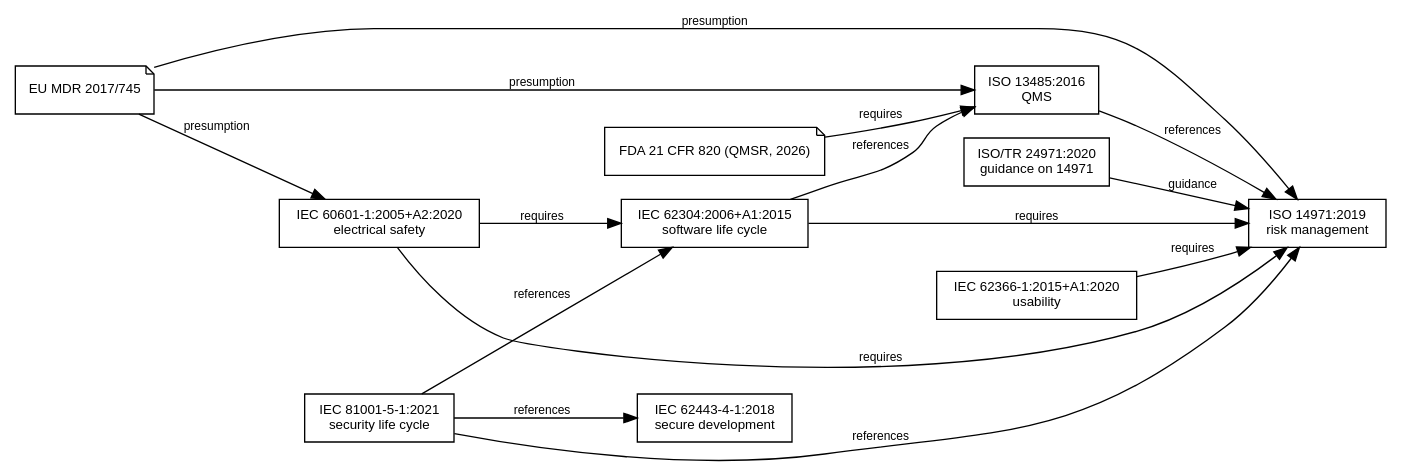
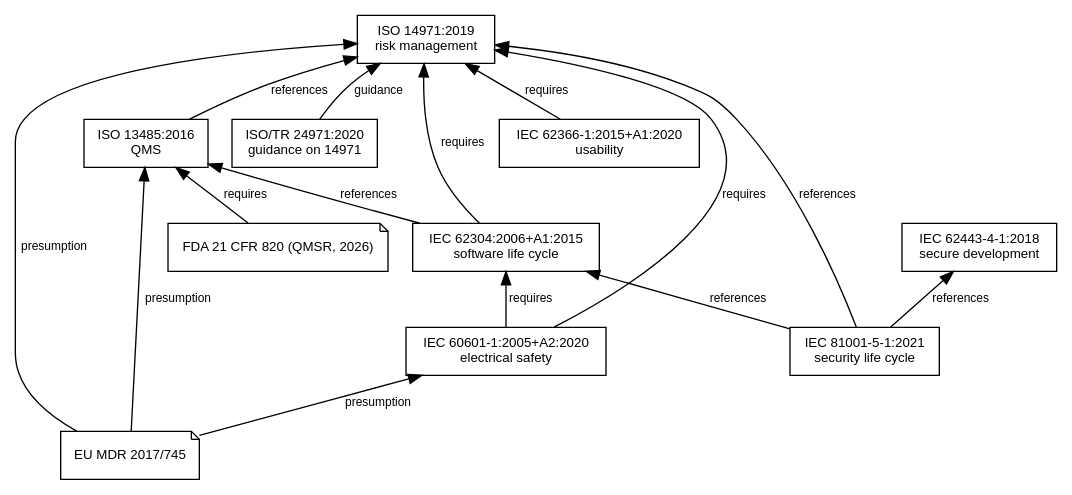
The diagram in docs/regulatory/standards-map.dot (OussamaSegh/detector-to-diagnosis), drawn with Graphviz before and after one commit. The commit also changed 10 other files, not shown here.

```diff
--- a/docs/regulatory/standards-map.dot
+++ b/docs/regulatory/standards-map.dot
@@ -1,36 +1,36 @@
 // The standards map of Chapter 13: which document requires or refers to which.
 // Edge labels: requires (a normative reference: you cannot conform without it),
 // references (informative: a note, an annex or the bibliography), presumption
 // (a harmonised standard gives presumption of conformity with the regulation),
 // guidance (a technical report that explains how to apply the standard).
 digraph standards {
-  rankdir=LR;
+  rankdir=BT; nodesep=0.25; ranksep=0.45;
   node [shape=box, fontname="Helvetica", fontsize=10];
   edge [fontname="Helvetica", fontsize=9];
 
   MDR [label="EU MDR 2017/745", shape=note];
   QMSR [label="FDA 21 CFR 820 (QMSR, 2026)", shape=note];
   ISO13485 [label="ISO 13485:2016\nQMS"];
   ISO14971 [label="ISO 14971:2019\nrisk management"];
   TR24971 [label="ISO/TR 24971:2020\nguidance on 14971"];
   IEC62304 [label="IEC 62304:2006+A1:2015\nsoftware life cycle"];
   IEC62366 [label="IEC 62366-1:2015+A1:2020\nusability"];
   IEC60601 [label="IEC 60601-1:2005+A2:2020\nelectrical safety"];
   IEC81001 [label="IEC 81001-5-1:2021\nsecurity life cycle"];
   IEC62443 [label="IEC 62443-4-1:2018\nsecure development"];
 
   MDR -> ISO13485 [label="presumption"];
   MDR -> ISO14971 [label="presumption"];
   MDR -> IEC60601 [label="presumption"];
   QMSR -> ISO13485 [label="requires"];
   ISO13485 -> ISO14971 [label="references"];
   TR24971 -> ISO14971 [label="guidance"];
   IEC62304 -> ISO14971 [label="requires"];
   IEC62304 -> ISO13485 [label="references"];
   IEC62366 -> ISO14971 [label="requires"];
   IEC60601 -> ISO14971 [label="requires"];
   IEC60601 -> IEC62304 [label="requires"];
   IEC81001 -> IEC62304 [label="references"];
   IEC81001 -> IEC62443 [label="references"];
   IEC81001 -> ISO14971 [label="references"];
 }
```
